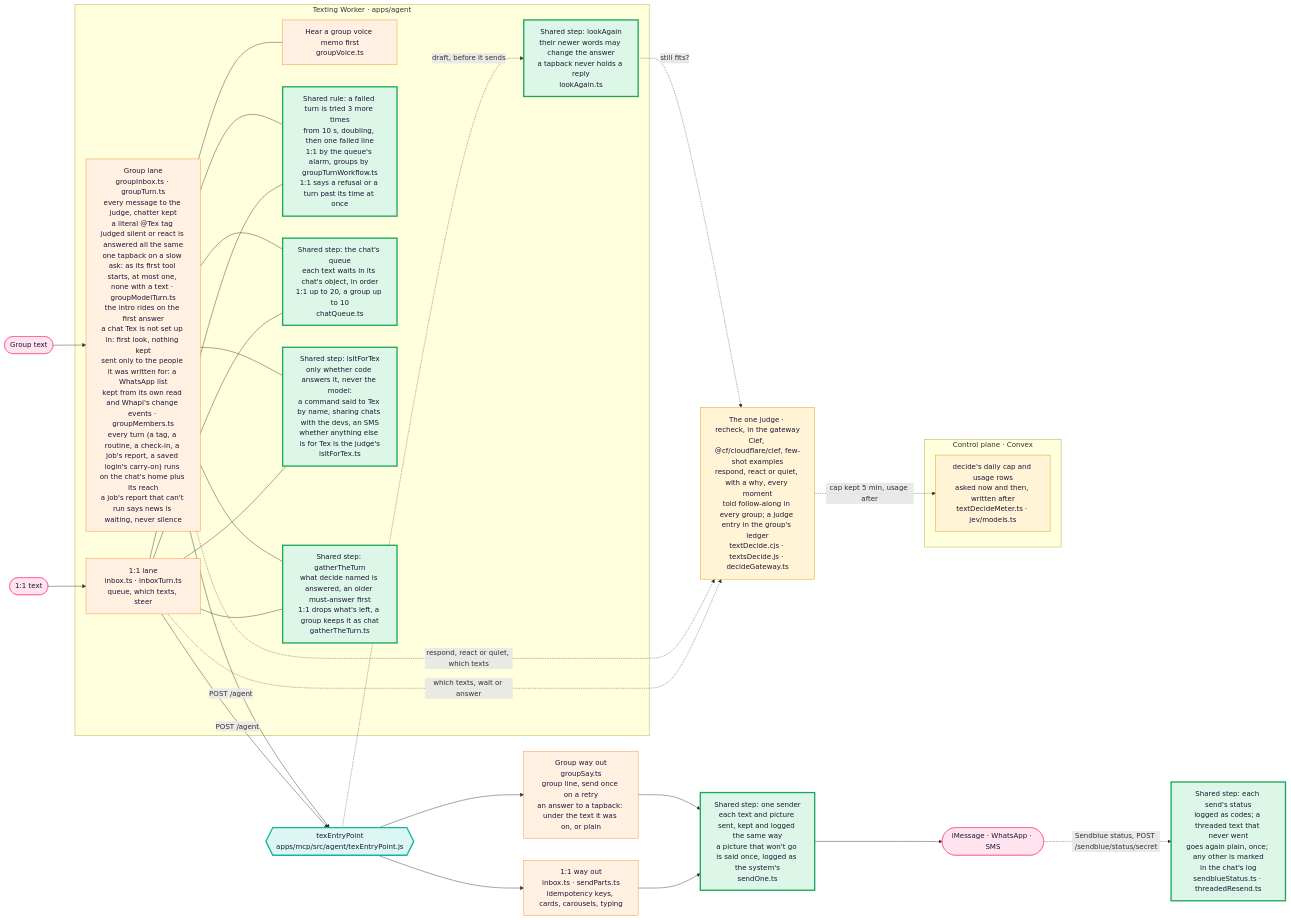
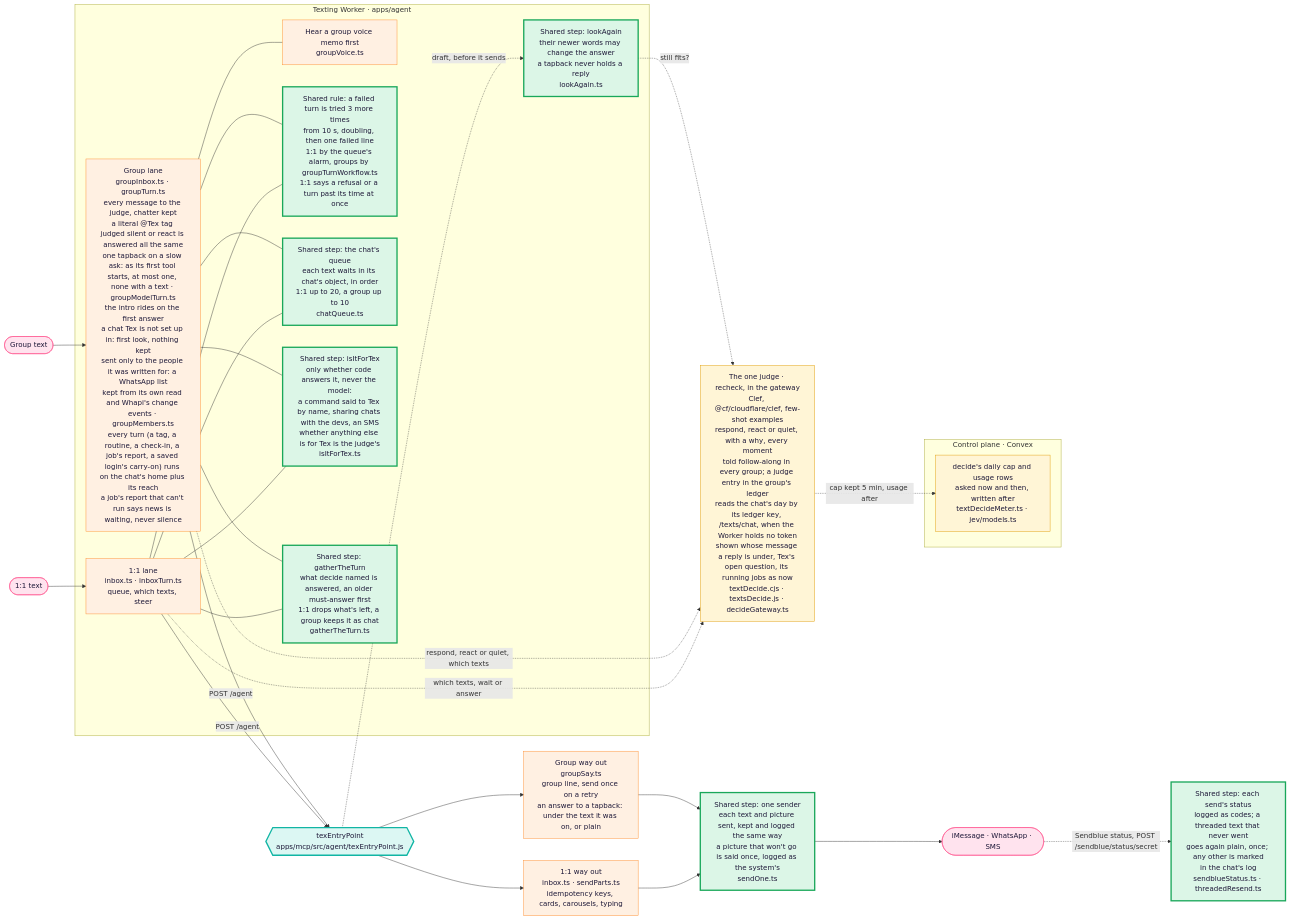
Before and after one commit to Supa-Media/context: the first of 3 diagrams in docs/architecture/tex.md, drawn with Mermaid. The commit also changed other lines of this file and 18 other files, not shown here.

First line of the commit message:
Give the reply judge eyes: who a message is for, from the ledger

````diff
--- a/docs/architecture/tex.md
+++ b/docs/architecture/tex.md
@@ -22,47 +22,47 @@
 ```mermaid
 flowchart LR
   P1([1:1 text]):::you --> W1
   P2([Group text]):::you --> W2
   subgraph Worker["Texting Worker · apps/agent"]
     W1["1:1 lane<br/>inbox.ts · inboxTurn.ts<br/>queue, which texts, steer"]:::pipe
     W2["Group lane<br/>groupInbox.ts · groupTurn.ts<br/>every message to the judge, chatter kept<br/>a literal @Tex tag judged silent or react is answered all the same<br/>one tapback on a slow ask: as its first tool starts, at most one, none with a text · groupModelTurn.ts<br/>the intro rides on the first answer<br/>a chat Tex is not set up in: first look, nothing kept<br/>sent only to the people it was written for: a WhatsApp list<br/>kept from its own read and Whapi's change events · groupMembers.ts<br/>every turn (a tag, a routine, a check-in, a job's report, a saved login's carry-on) runs on the chat's home plus its reach<br/>a job's report that can't run says news is waiting, never silence"]:::pipe
     H["Hear a group voice memo first<br/>groupVoice.ts"]:::pipe
     W2 --- H
     LA["Shared step: lookAgain<br/>their newer words may change the answer<br/>a tapback never holds a reply<br/>lookAgain.ts"]:::shared
     RT["Shared rule: a failed turn is tried 3 more times<br/>from 10 s, doubling, then one failed line<br/>1:1 by the queue's alarm, groups by groupTurnWorkflow.ts<br/>1:1 says a refusal or a turn past its time at once"]:::shared
     W1 --- RT
     W2 --- RT
     Q["Shared step: the chat's queue<br/>each text waits in its chat's object, in order<br/>1:1 up to 20, a group up to 10<br/>chatQueue.ts"]:::shared
     W1 --- Q
     W2 --- Q
     FT["Shared step: isItForTex<br/>only whether code answers it, never the model:<br/>a command said to Tex by name, sharing chats with the devs, an SMS<br/>whether anything else is for Tex is the judge's<br/>isItForTex.ts"]:::shared
     W1 --- FT
     W2 --- FT
     GT["Shared step: gatherTheTurn<br/>what decide named is answered, an older must-answer first<br/>1:1 drops what's left, a group keeps it as chat<br/>gatherTheTurn.ts"]:::shared
     W1 --- GT
     W2 --- GT
   end
-  D["The one judge · recheck, in the gateway<br/>Clef, @cf/cloudflare/clef, few-shot examples<br/>respond, react or quiet, with a why, every moment<br/>told follow-along in every group; a judge entry in the group's ledger<br/>textDecide.cjs · textsDecide.js · decideGateway.ts"]:::judge
+  D["The one judge · recheck, in the gateway<br/>Clef, @cf/cloudflare/clef, few-shot examples<br/>respond, react or quiet, with a why, every moment<br/>told follow-along in every group; a judge entry in the group's ledger<br/>reads the chat's day by its ledger key, /texts/chat, when the Worker holds no token<br/>shown whose message a reply is under, Tex's open question, its running jobs as now<br/>textDecide.cjs · textsDecide.js · decideGateway.ts"]:::judge
   subgraph Control["Control plane · Convex"]
     CAP["decide's daily cap and usage rows<br/>asked now and then, written after<br/>textDecideMeter.ts · jev/models.ts"]:::judge
   end
   D -. cap kept 5 min, usage after .-> CAP
   W1 -. which texts, wait or answer .-> D
   W2 -. respond, react or quiet, which texts .-> D
   E -. draft, before it sends .-> LA
   LA -. still fits? .-> D
   W1 -->|POST /agent| E
   W2 -->|POST /agent| E
   E{{"texEntryPoint<br/>apps/mcp/src/agent/texEntryPoint.js"}}:::door
   E --> S1["1:1 way out<br/>inbox.ts · sendParts.ts<br/>idempotency keys, cards, carousels, typing"]:::pipe
   E --> S2["Group way out<br/>groupSay.ts<br/>group line, send once on a retry<br/>an answer to a tapback: under the text it was on, or plain"]:::pipe
   S1 --> SO["Shared step: one sender<br/>each text and picture sent, kept and logged the same way<br/>a picture that won't go is said once, logged as the system's<br/>sendOne.ts"]:::shared
   S2 --> SO
   SO --> Out([iMessage · WhatsApp · SMS]):::you
   Out -. "Sendblue status, POST /sendblue/status/secret" .-> ST["Shared step: each send's status<br/>logged as codes; a threaded text that never went<br/>goes again plain, once; any other is marked<br/>in the chat's log<br/>sendblueStatus.ts · threadedResend.ts"]:::shared
   classDef you fill:#ffe3ee,stroke:#ff4f8b,color:#1d1838
   classDef pipe fill:#fff0e2,stroke:#ff8a2a,color:#1d1838
   classDef door fill:#dcf7f3,stroke:#11b5a4,stroke-width:3px,color:#1d1838
   classDef judge fill:#fff5d6,stroke:#e09a00,color:#1d1838
   classDef shared fill:#dcf6e7,stroke:#19a75a,stroke-width:3px,color:#1d1838
 ```
````
